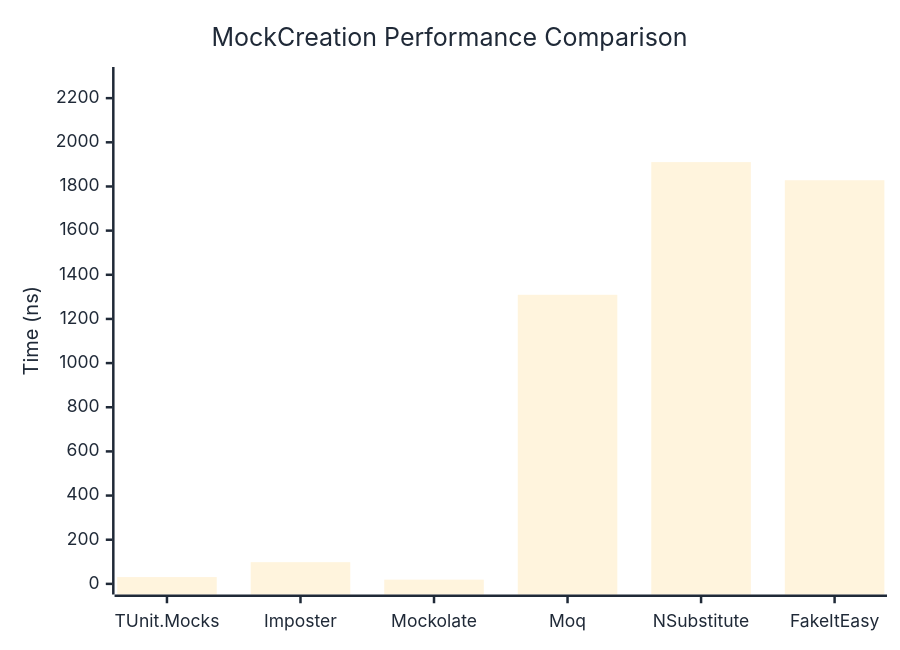
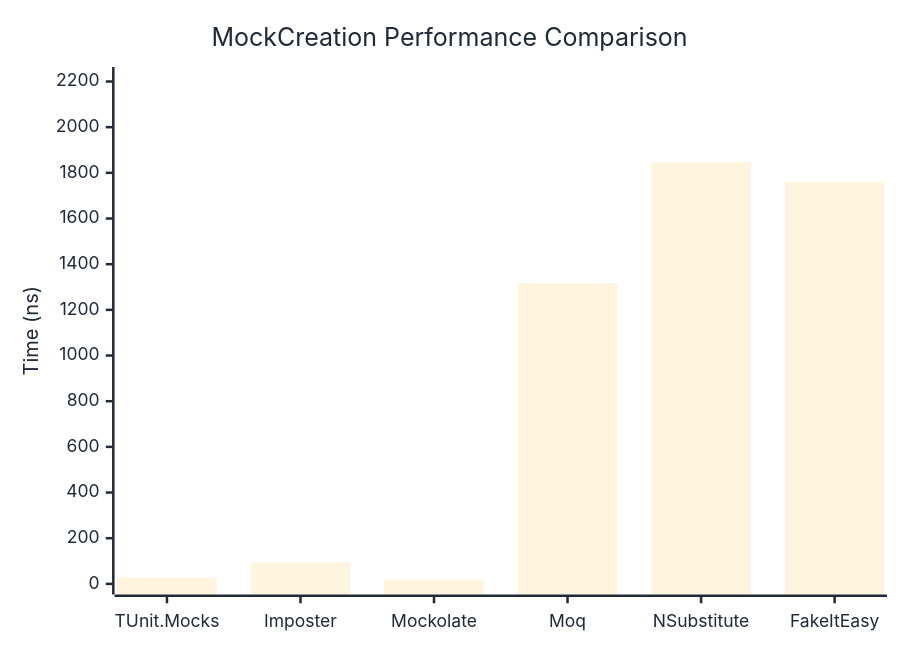
One commit to thomhurst/TUnit changed the first of 2 diagrams in docs/docs/benchmarks/mocks/MockCreation.md. Above: the diagram before and after it, drawn with Mermaid. The commit also changed other lines of this file and 14 other files, not shown here.

````diff
--- a/docs/docs/benchmarks/mocks/MockCreation.md
+++ b/docs/docs/benchmarks/mocks/MockCreation.md
@@ -30,27 +30,27 @@
 ```mermaid
 %%{init: {
   'theme':'base',
   'themeVariables': {
     'primaryColor': '#2563eb',
     'primaryTextColor': '#1f2937',
     'primaryBorderColor': '#1e40af',
     'lineColor': '#6b7280',
     'secondaryColor': '#7c3aed',
     'tertiaryColor': '#dc2626',
     'background': '#ffffff',
     'pie1': '#2563eb',
     'pie2': '#7c3aed',
     'pie3': '#dc2626',
     'pie4': '#f59e0b',
     'pie5': '#10b981',
     'pie6': '#06b6d4',
     'pie7': '#ec4899',
     'pie8': '#6366f1'
   }
 }}%%
 xychart-beta
   title "MockCreation Performance Comparison"
   x-axis ["TUnit.Mocks", "Imposter", "Mockolate", "Moq", "NSubstitute", "FakeItEasy"]
-  y-axis "Time (ns)" 0 --> 2293
-  bar [30.84, 98.3, 19.15, 1309.33, 1910.42, 1828.23]
+  y-axis "Time (ns)" 0 --> 2217
+  bar [28.68, 94.01, 17.61, 1316.55, 1846.92, 1759.18]
 ```
````
